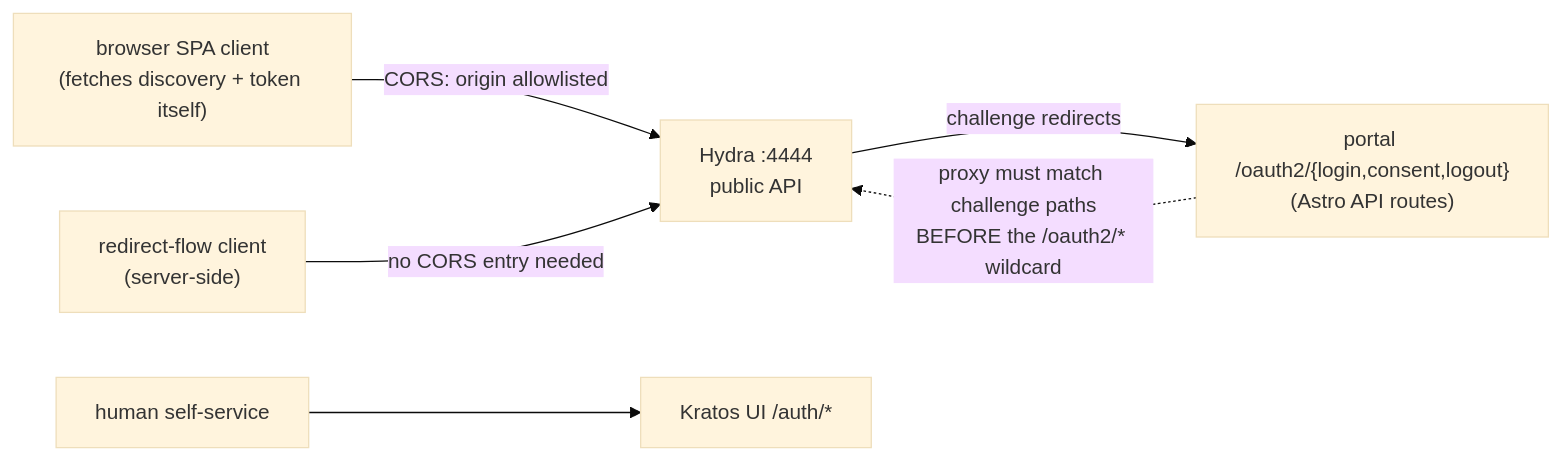
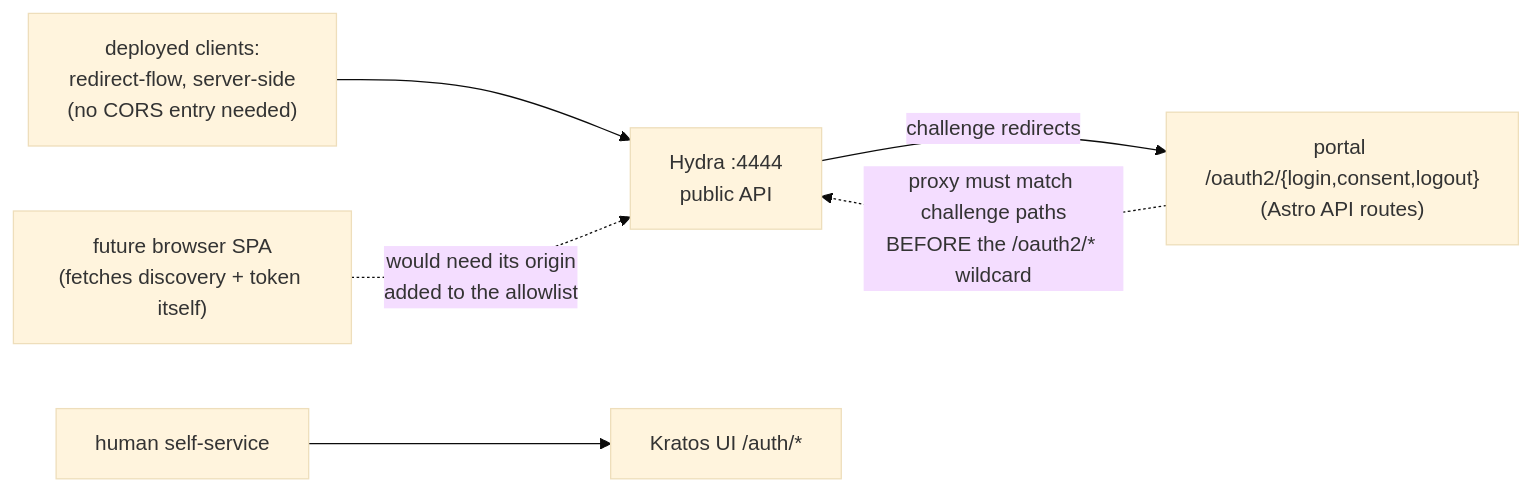
Before and after one commit to andrewdunndev/othala: the diagram in docs/adr/12-oidc-client-topology.md, drawn with Mermaid (base theme). The commit also changed other lines of this file and 88 other files, not shown here.

````diff
--- a/docs/adr/12-oidc-client-topology.md
+++ b/docs/adr/12-oidc-client-topology.md
@@ -52,8 +73,8 @@
 ```mermaid
 flowchart LR
-    SPA["browser SPA client<br/>(fetches discovery + token itself)"] -- "CORS: origin allowlisted" --> H["Hydra :4444<br/>public API"]
-    SRV["redirect-flow client<br/>(server-side)"] -- "no CORS entry needed" --> H
+    SRV["deployed clients:<br/>redirect-flow, server-side<br/>(no CORS entry needed)"] --> H["Hydra :4444<br/>public API"]
+    SPA["future browser SPA<br/>(fetches discovery + token itself)"] -. "would need its origin<br/>added to the allowlist" .-> H
     H -- "challenge redirects" --> P["portal /oauth2/{login,consent,logout}<br/>(Astro API routes)"]
     U["human self-service"] --> K["Kratos UI /auth/*"]
     P -.->|"proxy must match challenge paths<br/>BEFORE the /oauth2/* wildcard"| H
 ```
````
